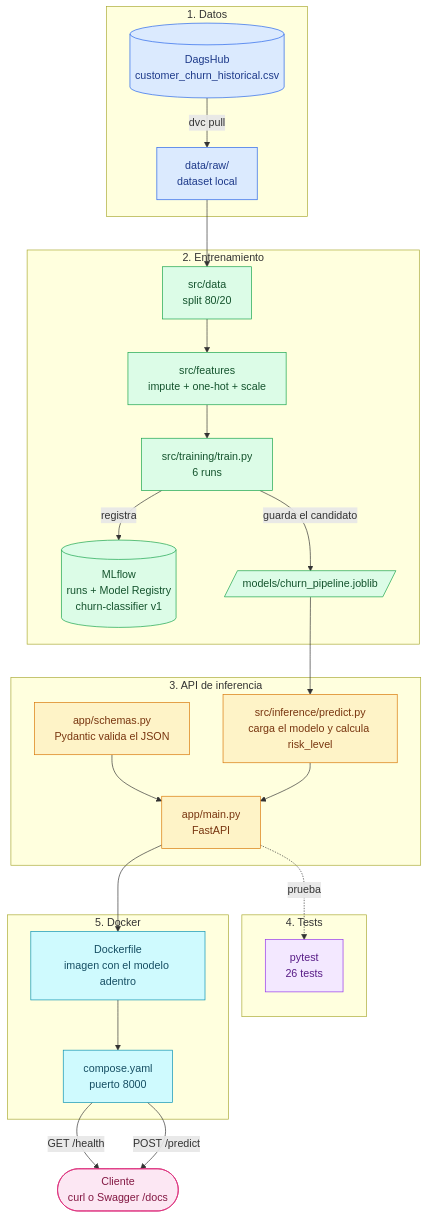
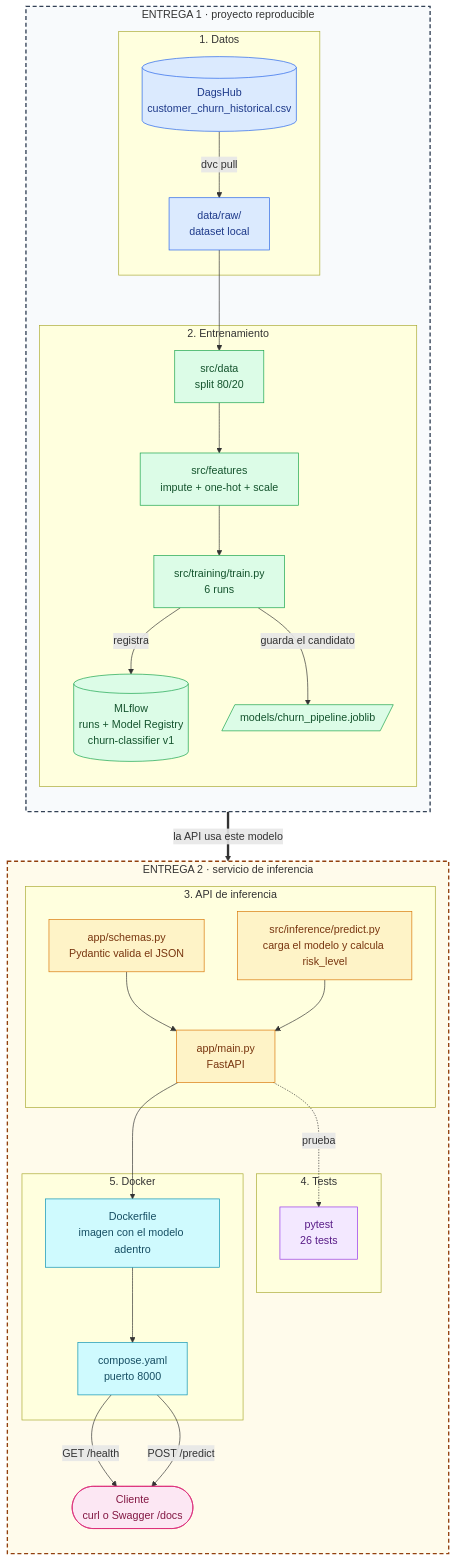
Before and after one commit to javi2481/customer-churn-ml-j-a: the diagram in README.md, drawn with Mermaid. The commit also changed other lines of this file, not shown here.

Commit message:
docs: unir entrega 1 y entrega 2 en un solo diagrama del README

````diff
--- a/README.md
+++ b/README.md
@@ -19,58 +20,67 @@
 ```mermaid
 flowchart TD
-    subgraph DATOS["1. Datos"]
-        A[("DagsHub<br/>customer_churn_historical.csv")]
-        B["data/raw/<br/>dataset local"]
+    subgraph E1["ENTREGA 1 · proyecto reproducible"]
+        direction TB
+        subgraph DATOS["1. Datos"]
+            A[("DagsHub<br/>customer_churn_historical.csv")]
+            B["data/raw/<br/>dataset local"]
+        end
+
+        subgraph ENTRENAMIENTO["2. Entrenamiento"]
+            C["src/data<br/>split 80/20"]
+            D["src/features<br/>impute + one-hot + scale"]
+            E["src/training/train.py<br/>6 runs"]
+            F[("MLflow<br/>runs + Model Registry<br/>churn-classifier v1")]
+            G[/"models/churn_pipeline.joblib"/]
+        end
     end
 
-    subgraph ENTRENAMIENTO["2. Entrenamiento"]
-        C["src/data<br/>split 80/20"]
-        D["src/features<br/>impute + one-hot + scale"]
-        E["src/training/train.py<br/>6 runs"]
-        F[("MLflow<br/>runs + Model Registry<br/>churn-classifier v1")]
-        G[/"models/churn_pipeline.joblib"/]
+    subgraph E2["ENTREGA 2 · servicio de inferencia"]
+        direction TB
+        subgraph API["3. API de inferencia"]
+            H["src/inference/predict.py<br/>carga el modelo y calcula risk_level"]
+            I["app/schemas.py<br/>Pydantic valida el JSON"]
+            J["app/main.py<br/>FastAPI"]
+        end
+
+        subgraph TESTS["4. Tests"]
+            K["pytest<br/>26 tests"]
+        end
+
+        subgraph DOCKER["5. Docker"]
+            L["Dockerfile<br/>imagen con el modelo adentro"]
+            M["compose.yaml<br/>puerto 8000"]
+        end
+
+        N(["Cliente<br/>curl o Swagger /docs"])
     end
-
-    subgraph API["3. API de inferencia"]
-        H["src/inference/predict.py<br/>carga el modelo y calcula risk_level"]
-        I["app/schemas.py<br/>Pydantic valida el JSON"]
-        J["app/main.py<br/>FastAPI"]
-    end
-
-    subgraph TESTS["4. Tests"]
-        K["pytest<br/>26 tests"]
-    end
-
-    subgraph DOCKER["5. Docker"]
-        L["Dockerfile<br/>imagen con el modelo adentro"]
-        M["compose.yaml<br/>puerto 8000"]
-    end
-
-    N(["Cliente<br/>curl o Swagger /docs"])
 
     A -->|dvc pull| B
     B --> C --> D --> E
     E -->|registra| F
     E -->|guarda el candidato| G
-    G --> H
+    G ==>|la API usa este modelo| H
     I --> J
     H --> J
     J -.->|prueba| K
     J --> L --> M
     M -->|GET /health| N
     M -->|POST /predict| N
 
     classDef datos fill:#dbeafe,stroke:#2563eb,color:#1e3a8a
     classDef train fill:#dcfce7,stroke:#16a34a,color:#14532d
     classDef api fill:#fef3c7,stroke:#d97706,color:#78350f
     classDef tests fill:#f3e8ff,stroke:#9333ea,color:#581c87
     classDef docker fill:#cffafe,stroke:#0891b2,color:#164e63
     classDef cliente fill:#fce7f3,stroke:#db2777,color:#831843
 
     class A,B datos
     class C,D,E,F,G train
     class H,I,J api
     class K tests
     class L,M docker
     class N cliente
+
+    style E1 fill:#f8fafc,stroke:#334155,stroke-width:2px,stroke-dasharray:6 4
+    style E2 fill:#fffbeb,stroke:#92400e,stroke-width:2px,stroke-dasharray:6 4
 ```
````
